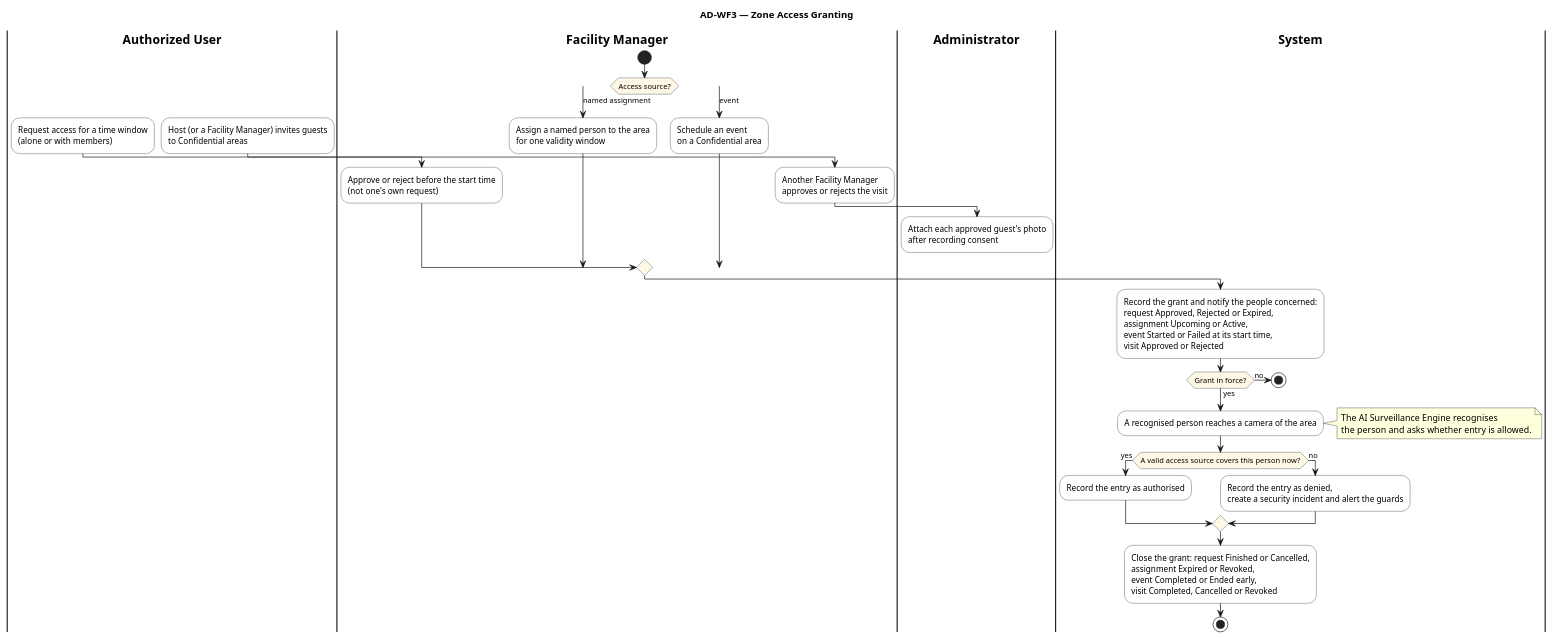
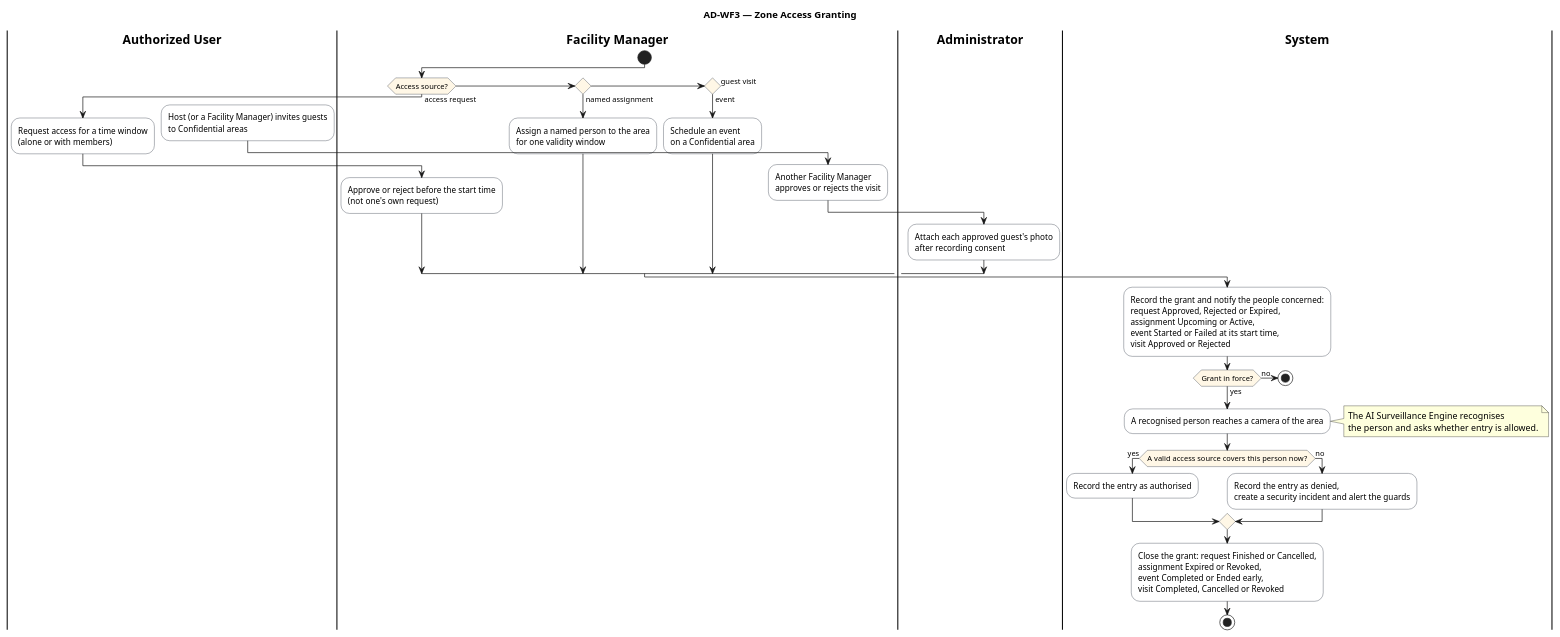
Before and after one commit to AnhHao2505/AI-Based-Intelligent-Campus-Security-Surveillance-System: the diagram in docs/diagrams/activity-wf3-zone-access-granting.puml, drawn with PlantUML.

Commit message:
docs(diagrams): restore if/elseif in WF-3 activity diagram, label branches

```diff
--- a/docs/diagrams/activity-wf3-zone-access-granting.puml
+++ b/docs/diagrams/activity-wf3-zone-access-granting.puml
@@ -1,72 +1,71 @@
 @startuml activity-wf3-zone-access-granting
 ' Title: AD-WF3 Zone Access Granting (WF-3, owner Nguyen Anh Hao)
 ' Source (verified against main @ e474968, 29/10/2026): service/AccessRequestService.java (create; review only before the start time and not by the requester;
 '   expire, finish, cancel), service/AreaAssignedPersonnelService.java, service/AreaService.java + scheduler/AreaEventModeScheduler.java
 '   (event start or FAILED), service/GuestVisitService.java (host cannot review own visit), service/GuestPhotoService.java,
 '   service/AccessDecisionService.java (checkCameraEntry), ai-service (check-entry call, alert)
 ' Business level only. Detailed flows: activity-access-request.mmd, activity-event-schedule.mmd, activity-guest-visit.mmd.
 skinparam defaultFontName Arial
 skinparam shadowing false
 skinparam ActivityBackgroundColor #FFFFFF
 skinparam ActivityBorderColor #1F2937
 skinparam ActivityDiamondBackgroundColor #FFF7E6
 skinparam SwimlaneTitleFontStyle bold
 title AD-WF3 — Zone Access Granting
 
 |Authorized User|
 |Facility Manager|
 |Administrator|
 |System|
 |Facility Manager|
 start
-switch (Access source?)
-case (access request)
+if (Access source?) then (access request)
   |Authorized User|
   :Request access for a time window
   (alone or with members);
   |Facility Manager|
   :Approve or reject before the start time
   (not one's own request);
-case (named assignment)
+elseif () then (named assignment)
   |Facility Manager|
   :Assign a named person to the area
   for one validity window;
-case (event)
+elseif () then (event)
   |Facility Manager|
   :Schedule an event
   on a Confidential area;
-case (guest visit)
+else (guest visit)
   |Authorized User|
   :Host (or a Facility Manager) invites guests
   to Confidential areas;
   |Facility Manager|
   :Another Facility Manager
   approves or rejects the visit;
   |Administrator|
   :Attach each approved guest's photo
   after recording consent;
-endswitch
+endif
 |System|
 :Record the grant and notify the people concerned:
 request Approved, Rejected or Expired,
 assignment Upcoming or Active,
 event Started or Failed at its start time,
 visit Approved or Rejected;
 if (Grant in force?) then (no)
   stop
 else (yes)
 endif
 :A recognised person reaches a camera of the area;
 note right: The AI Surveillance Engine recognises\nthe person and asks whether entry is allowed.
 if (A valid access source covers this person now?) then (yes)
   :Record the entry as authorised;
 else (no)
   :Record the entry as denied,
   create a security incident and alert the guards;
 endif
 :Close the grant: request Finished or Cancelled,
 assignment Expired or Revoked,
 event Completed or Ended early,
 visit Completed, Cancelled or Revoked;
 stop
 @enduml
```
